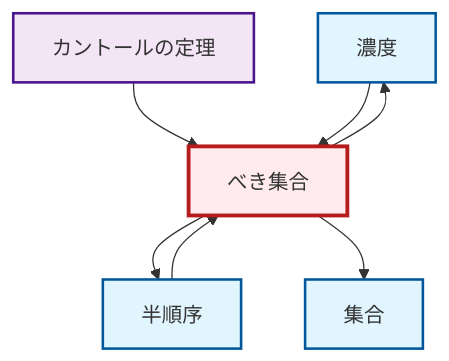
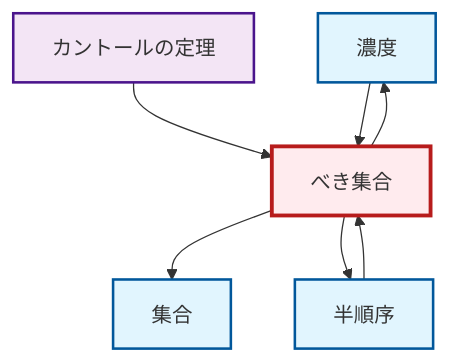
Before and after one commit to RK0429/ModernMath: the diagram in output/mermaid/ja/def-power-set.mermaid, drawn with Mermaid. The commit also changed other lines of this file and 3094 other files, not shown here.

```diff
--- a/output/mermaid/ja/def-power-set.mermaid
+++ b/output/mermaid/ja/def-power-set.mermaid
@@ -1,18 +1,18 @@
 graph TD
     classDef definition fill:#e1f5fe,stroke:#01579b,stroke-width:2px
     classDef theorem fill:#f3e5f5,stroke:#4a148c,stroke-width:2px
     classDef axiom fill:#fff3e0,stroke:#e65100,stroke-width:2px
     classDef example fill:#e8f5e9,stroke:#1b5e20,stroke-width:2px
     classDef current fill:#ffebee,stroke:#b71c1c,stroke-width:3px
+    def-set["集合"]:::definition
     def-cardinality["濃度"]:::definition
-    def-set["集合"]:::definition
-    def-power-set["べき集合"]:::definition
     def-partial-order["半順序"]:::definition
     thm-cantor["カントールの定理"]:::theorem
+    def-power-set["べき集合"]:::definition
+    def-power-set --> def-set
     thm-cantor --> def-power-set
+    def-cardinality --> def-power-set
+    def-power-set --> def-cardinality
+    def-partial-order --> def-power-set
     def-power-set --> def-partial-order
-    def-cardinality --> def-power-set
-    def-partial-order --> def-power-set
-    def-power-set --> def-set
-    def-power-set --> def-cardinality
     class def-power-set current
```
